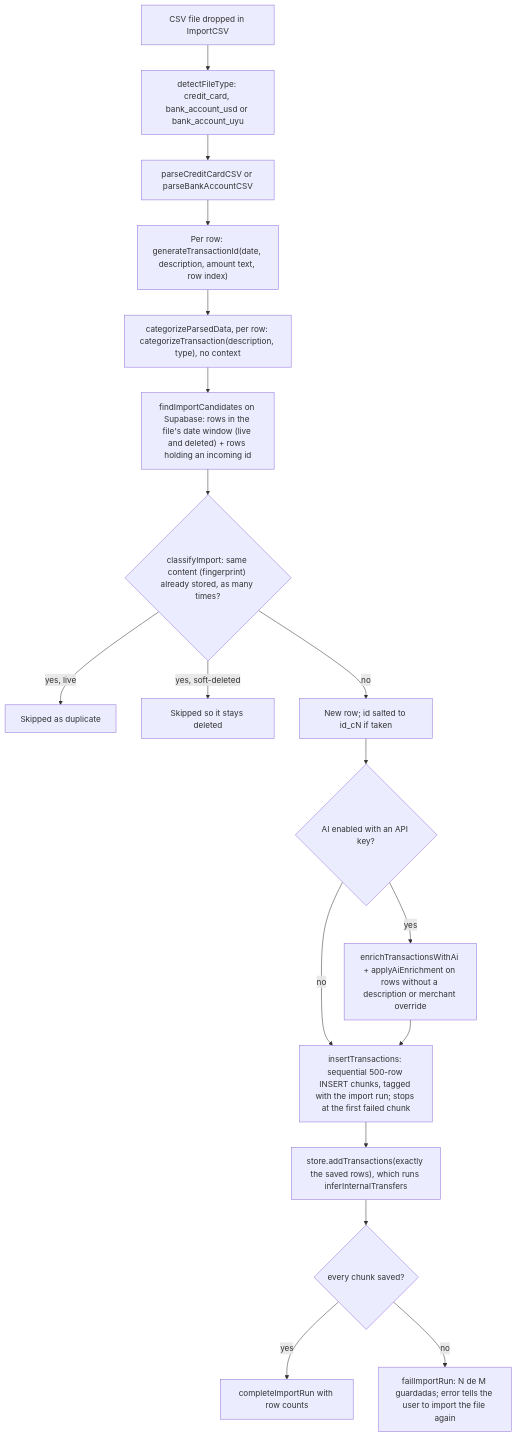
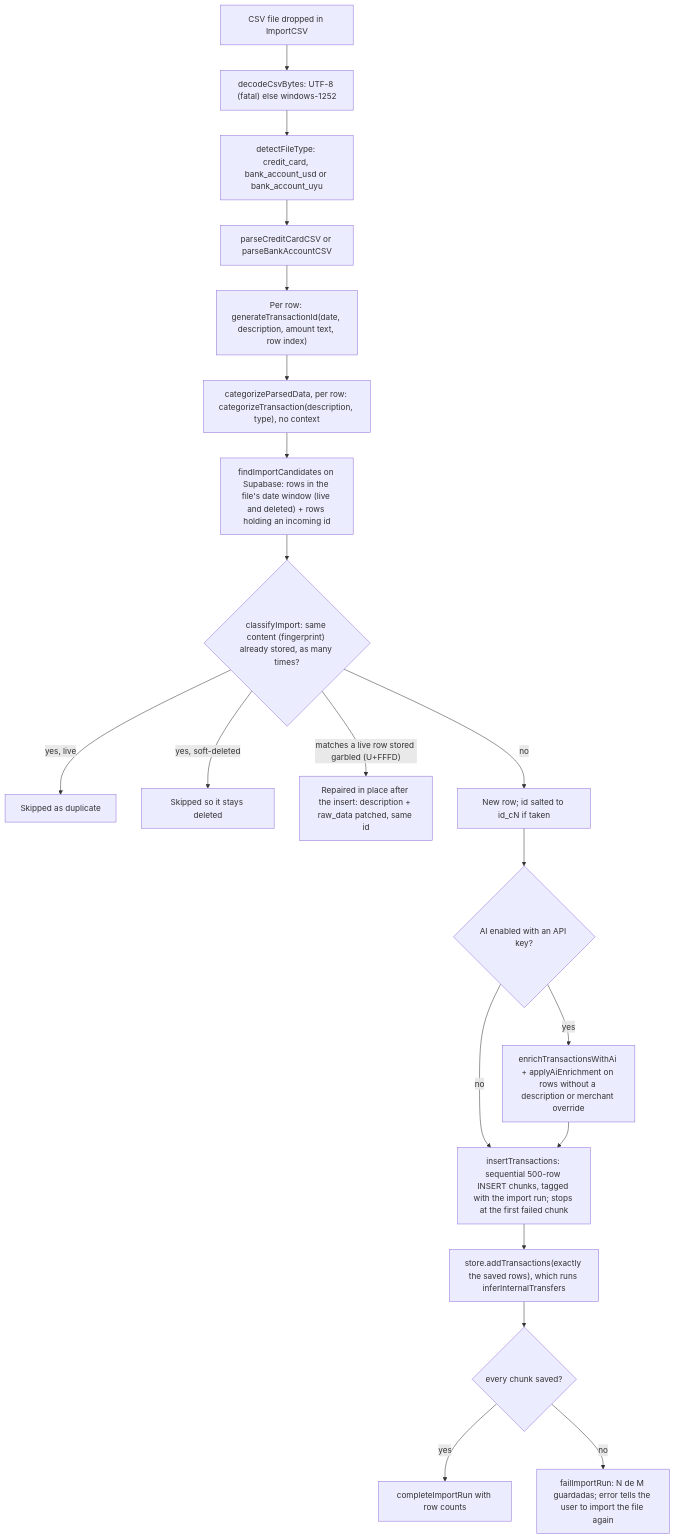
Before and after one commit to eltaiguer/tatu: the first of 3 diagrams in docs/architecture.md, drawn with Mermaid. The commit also changed other lines of this file and 14 other files, not shown here.

First line of the commit message:
fix: decode Latin-1 imports and repair garbled rows in place on re-import (#192)

````diff
--- a/docs/architecture.md
+++ b/docs/architecture.md
@@ -20,20 +23,22 @@
 ```mermaid
 flowchart TD
-    A["CSV file dropped in ImportCSV"] --> B["detectFileType: credit_card, bank_account_usd or bank_account_uyu"]
+    A["CSV file dropped in ImportCSV"] --> A2["decodeCsvBytes: UTF-8 (fatal) else windows-1252"]
+    A2 --> B["detectFileType: credit_card, bank_account_usd or bank_account_uyu"]
     B --> C["parseCreditCardCSV or parseBankAccountCSV"]
     C --> E["Per row: generateTransactionId(date, description, amount text, row index)"]
     E --> D["categorizeParsedData, per row: categorizeTransaction(description, type), no context"]
     D --> F["findImportCandidates on Supabase: rows in the file's date window (live and deleted) + rows holding an incoming id"]
     F --> G{"classifyImport: same content (fingerprint) already stored, as many times?"}
     G -- "yes, live" --> H["Skipped as duplicate"]
     G -- "yes, soft-deleted" --> I["Skipped so it stays deleted"]
+    G -- "matches a live row stored garbled (U+FFFD)" --> R["Repaired in place after the insert: description + raw_data patched, same id"]
     G -- "no" --> S["New row; id salted to id_cN if taken"]
     S --> J{"AI enabled with an API key?"}
     J -- "yes" --> K["enrichTransactionsWithAi + applyAiEnrichment on rows without a description or merchant override"]
     J -- "no" --> L["insertTransactions: sequential 500-row INSERT chunks, tagged with the import run; stops at the first failed chunk"]
     K --> L
     L --> M["store.addTransactions(exactly the saved rows), which runs inferInternalTransfers"]
     M --> N{"every chunk saved?"}
     N -- "yes" --> O["completeImportRun with row counts"]
     N -- "no" --> P["failImportRun: N de M guardadas; error tells the user to import the file again"]
 ```
````
